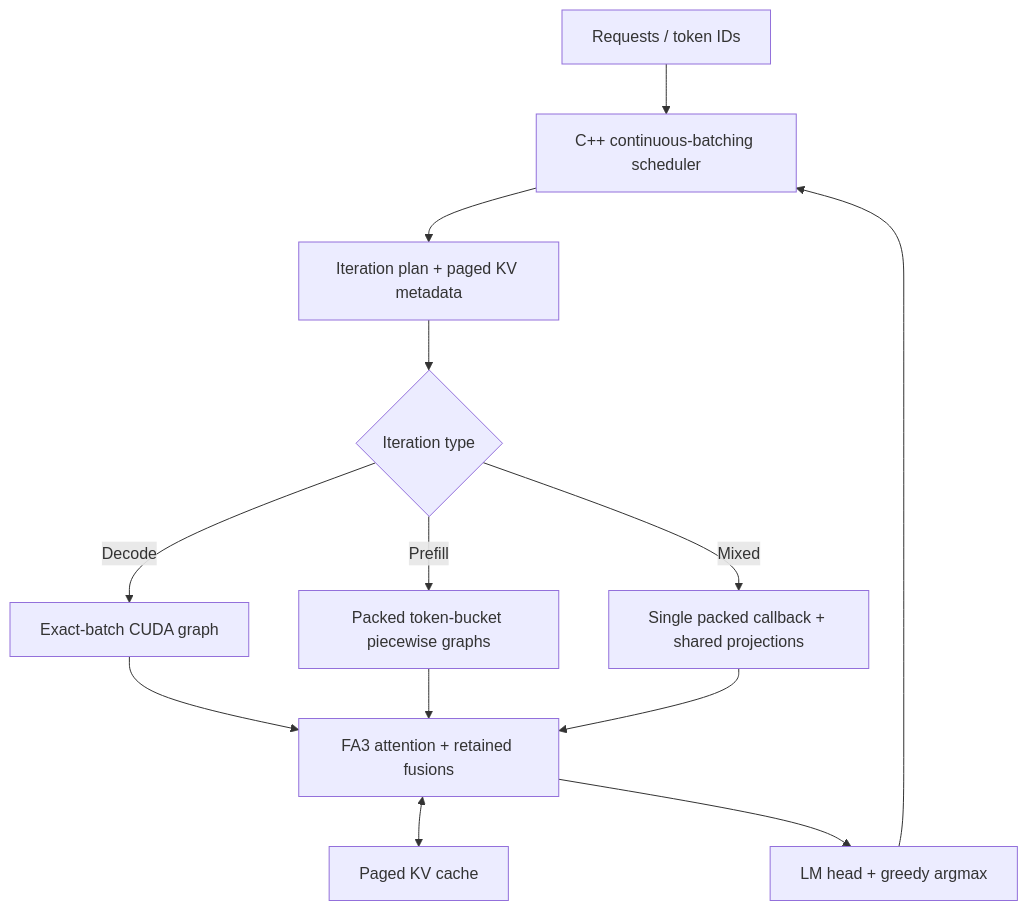
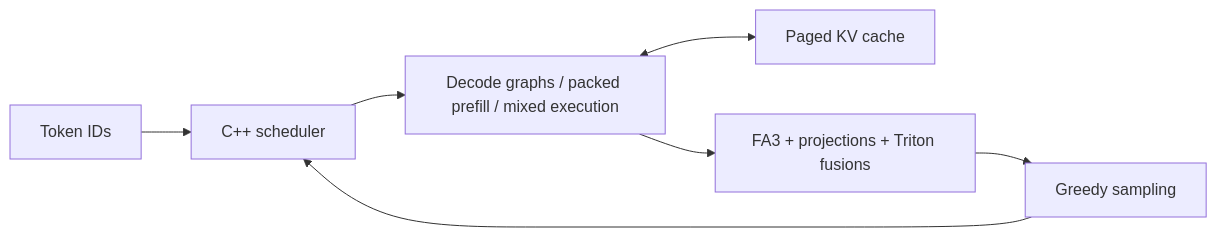
The diagram in README.md (benjaminW2025/qwen-frence), drawn with Mermaid before and after one commit. The commit also changed other lines of this file and 8 other files, not shown here.

````diff
--- a/README.md
+++ b/README.md
@@ -66,15 +24,9 @@
 ```mermaid
-flowchart TD
-    A[Requests / token IDs] --> B[C++ continuous-batching scheduler]
-    B --> C[Iteration plan + paged KV metadata]
-    C --> D{Iteration type}
-    D -->|Decode| E[Exact-batch CUDA graph]
-    D -->|Prefill| F[Packed token-bucket piecewise graphs]
-    D -->|Mixed| G[Single packed callback + shared projections]
-    E --> H[FA3 attention + retained fusions]
-    F --> H
-    G --> H
-    H <--> I[Paged KV cache]
-    H --> J[LM head + greedy argmax]
-    J --> B
+flowchart LR
+    A[Token IDs] --> B[C++ scheduler]
+    B --> C[Decode graphs / packed prefill / mixed execution]
+    C <--> D[Paged KV cache]
+    C --> E[FA3 + projections + Triton fusions]
+    E --> F[Greedy sampling]
+    F --> B
 ```
````
